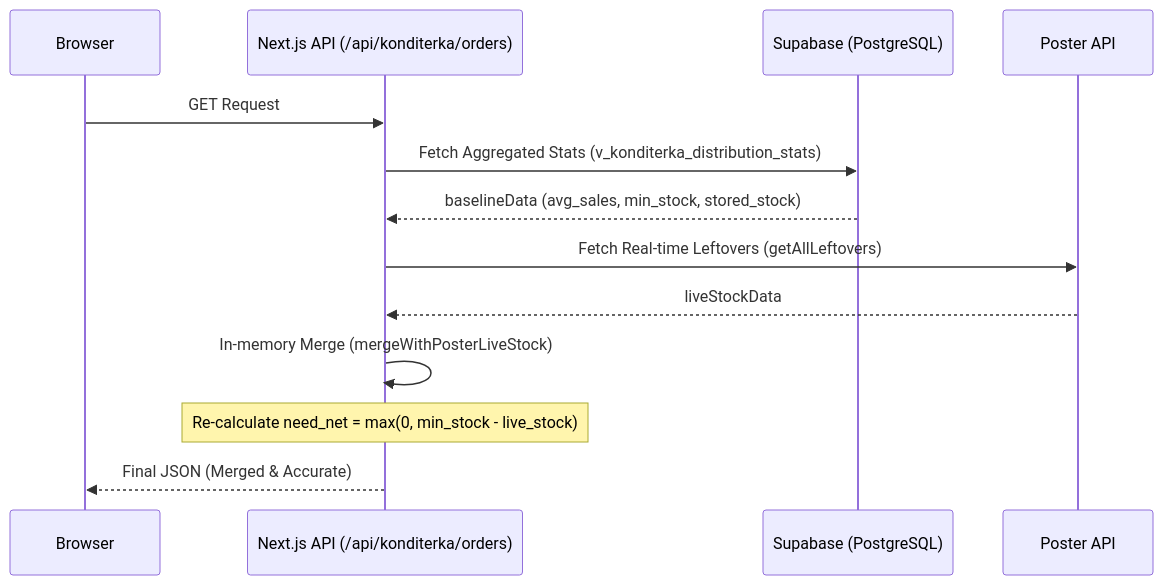
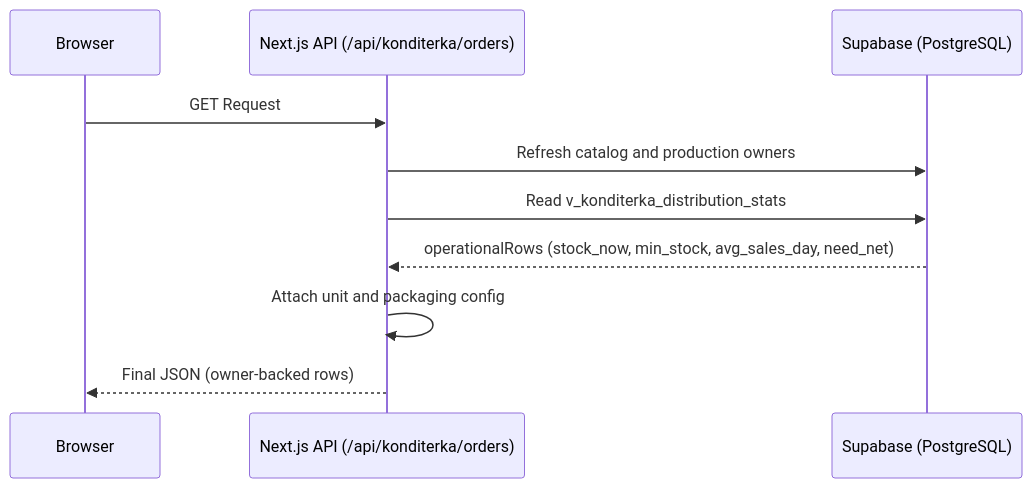
Before and after one commit to yobozavrik/operator_v2.2: the diagram in docs/architecture.md, drawn with Mermaid. The commit also changed other lines of this file and 3 other files, not shown here.

````diff
--- a/docs/architecture.md
+++ b/docs/architecture.md
@@ -9,16 +9,13 @@
 ```mermaid
 sequenceDiagram
     participant User as Browser
     participant API as Next.js API (/api/konditerka/orders)
     participant DB as Supabase (PostgreSQL)
-    participant Poster as Poster API
 
     User->>API: GET Request
-    API->>DB: Fetch Aggregated Stats (v_konditerka_distribution_stats)
-    DB-->>API: baselineData (avg_sales, min_stock, stored_stock)
-    API->>Poster: Fetch Real-time Leftovers (getAllLeftovers)
-    Poster-->>API: liveStockData
-    API->>API: In-memory Merge (mergeWithPosterLiveStock)
-    Note over API: Re-calculate need_net = max(0, min_stock - live_stock)
-    API-->>User: Final JSON (Merged & Accurate)
+    API->>DB: Refresh catalog and production owners
+    API->>DB: Read v_konditerka_distribution_stats
+    DB-->>API: operationalRows (stock_now, min_stock, avg_sales_day, need_net)
+    API->>API: Attach unit and packaging config
+    API-->>User: Final JSON (owner-backed rows)
 ```
````
